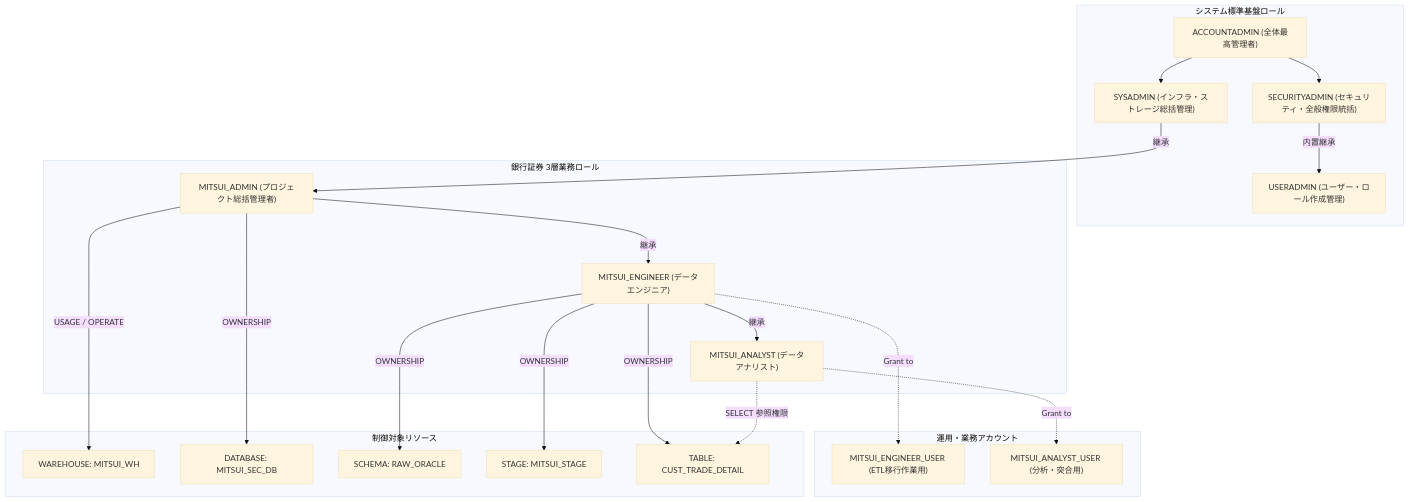
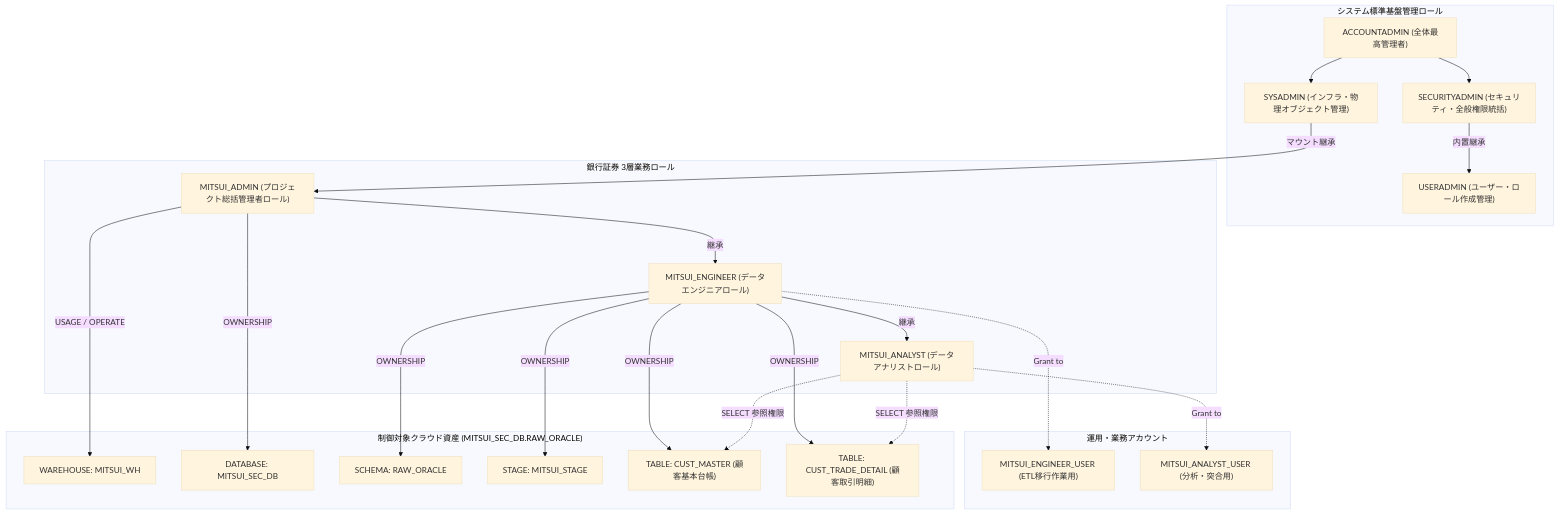
The first of 2 diagrams in docs/ja/03_snowflake_rbac_setup.md (BIGMAX-RKO007/snowflakeblog), drawn with Mermaid (base theme) before and after one commit. The commit also changed other lines of this file and 2 other files, not shown here.

Commit message:
docs: upgrade chapter 03 with dual-table DDL, normalized hierarchy, and next-chapter navigation

````diff
--- a/docs/ja/03_snowflake_rbac_setup.md
+++ b/docs/ja/03_snowflake_rbac_setup.md
@@ -23,46 +30,49 @@
 ```mermaid
 graph TD
-    subgraph SystemRoles ["システム標準基盤ロール"]
+    subgraph SystemRoles ["システム標準基盤管理ロール"]
         ACCOUNTADMIN["ACCOUNTADMIN (全体最高管理者)"]
         SECURITYADMIN["SECURITYADMIN (セキュリティ・全般権限統括)"]
         USERADMIN["USERADMIN (ユーザー・ロール作成管理)"]
-        SYSADMIN["SYSADMIN (インフラ・ストレージ総括管理)"]
+        SYSADMIN["SYSADMIN (インフラ・物理オブジェクト管理)"]
         
         ACCOUNTADMIN --> SECURITYADMIN
         SECURITYADMIN -->|内置継承| USERADMIN
         ACCOUNTADMIN --> SYSADMIN
     end
 
     subgraph CustomRoles ["銀行証券 3層業務ロール"]
-        ADMIN["MITSUI_ADMIN (プロジェクト総括管理者)"]
-        ENG["MITSUI_ENGINEER (データエンジニア)"]
-        ANA["MITSUI_ANALYST (データアナリスト)"]
+        ADMIN["MITSUI_ADMIN (プロジェクト総括管理者ロール)"]
+        ENG["MITSUI_ENGINEER (データエンジニアロール)"]
+        ANA["MITSUI_ANALYST (データアナリストロール)"]
 
-        SYSADMIN -->|継承| ADMIN
+        SYSADMIN -->|マウント継承| ADMIN
         ADMIN -->|継承| ENG
         ENG -->|継承| ANA
     end
 
     subgraph Users ["運用・業務アカウント"]
         U_ENG["MITSUI_ENGINEER_USER (ETL移行作業用)"]
         U_ANA["MITSUI_ANALYST_USER (分析・突合用)"]
 
         ENG -.->|Grant to| U_ENG
         ANA -.->|Grant to| U_ANA
     end
 
-    subgraph Objects ["制御対象リソース"]
+    subgraph Objects ["制御対象クラウド資産 (MITSUI_SEC_DB.RAW_ORACLE)"]
         WH["WAREHOUSE: MITSUI_WH"]
         DB["DATABASE: MITSUI_SEC_DB"]
         SC["SCHEMA: RAW_ORACLE"]
         STG["STAGE: MITSUI_STAGE"]
-        TBL["TABLE: CUST_TRADE_DETAIL"]
+        TBL_M["TABLE: CUST_MASTER (顧客基本台帳)"]
+        TBL_T["TABLE: CUST_TRADE_DETAIL (顧客取引明細)"]
 
         ADMIN -->|USAGE / OPERATE| WH
         ADMIN -->|OWNERSHIP| DB
         ENG -->|OWNERSHIP| SC
         ENG -->|OWNERSHIP| STG
-        ENG -->|OWNERSHIP| TBL
-        ANA -.->|SELECT 参照権限| TBL
+        ENG -->|OWNERSHIP| TBL_M
+        ENG -->|OWNERSHIP| TBL_T
+        ANA -.->|SELECT 参照権限| TBL_M
+        ANA -.->|SELECT 参照権限| TBL_T
     end
 ```
````
